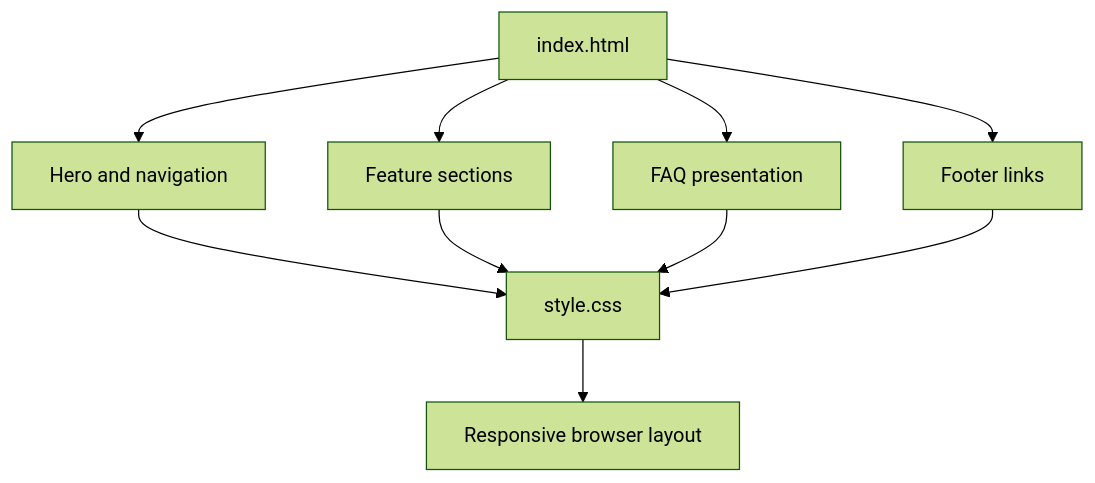
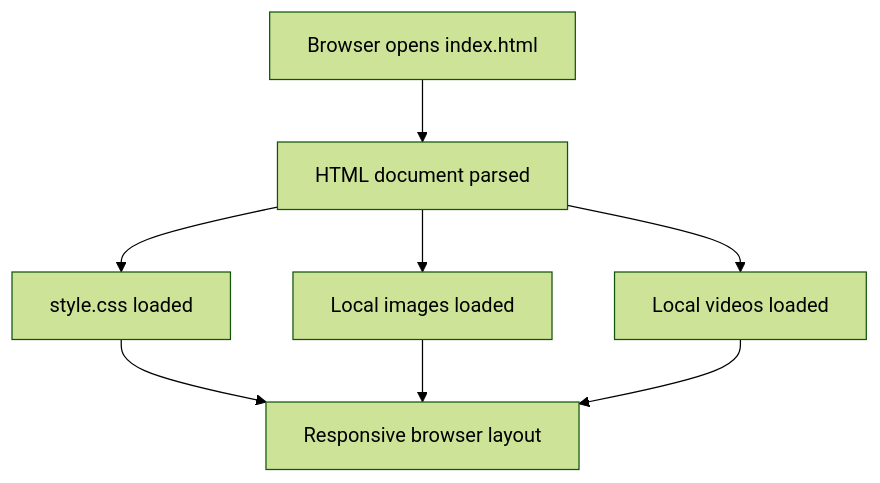
One commit to Brajesh31/NETFLIX-CLONE changed the diagram in README.md. Above: the diagram before and after it, drawn with Mermaid (forest theme). The commit also changed other lines of this file and 11 other files, not shown here.

````diff
--- a/README.md
+++ b/README.md
@@ -65,12 +83,10 @@
 ```mermaid
 flowchart TD
-    A[index.html] --> B[Hero and navigation]
-    A --> C[Feature sections]
-    A --> D[FAQ presentation]
-    A --> E[Footer links]
-    B --> F[style.css]
-    C --> F
+    A[Browser opens index.html] --> B[HTML document parsed]
+    B --> C[style.css loaded]
+    B --> D[Local images loaded]
+    B --> E[Local videos loaded]
+    C --> F[Responsive browser layout]
     D --> F
     E --> F
-    F --> G[Responsive browser layout]
 ```
````
